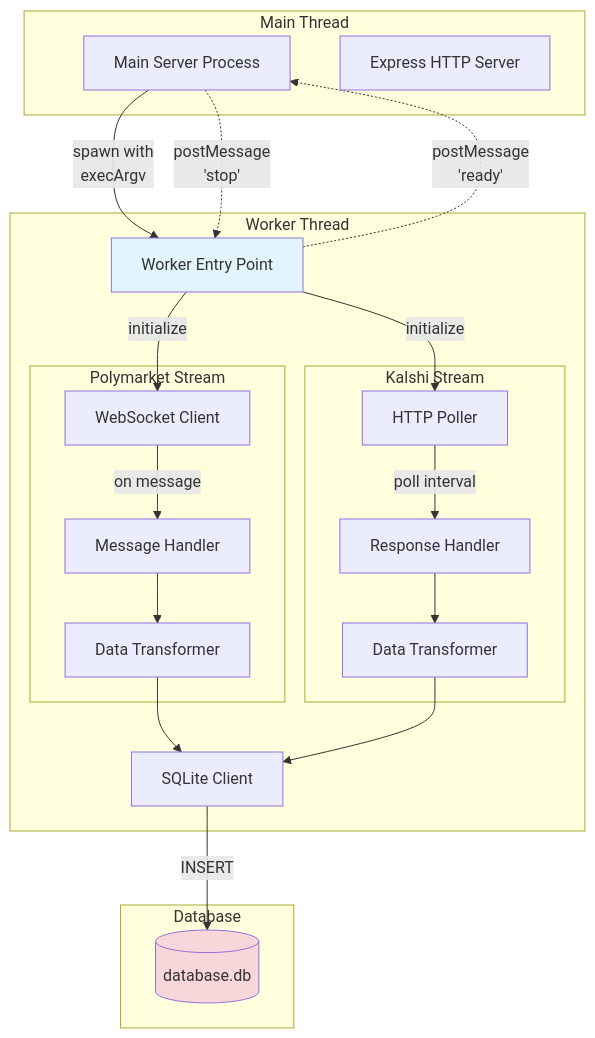
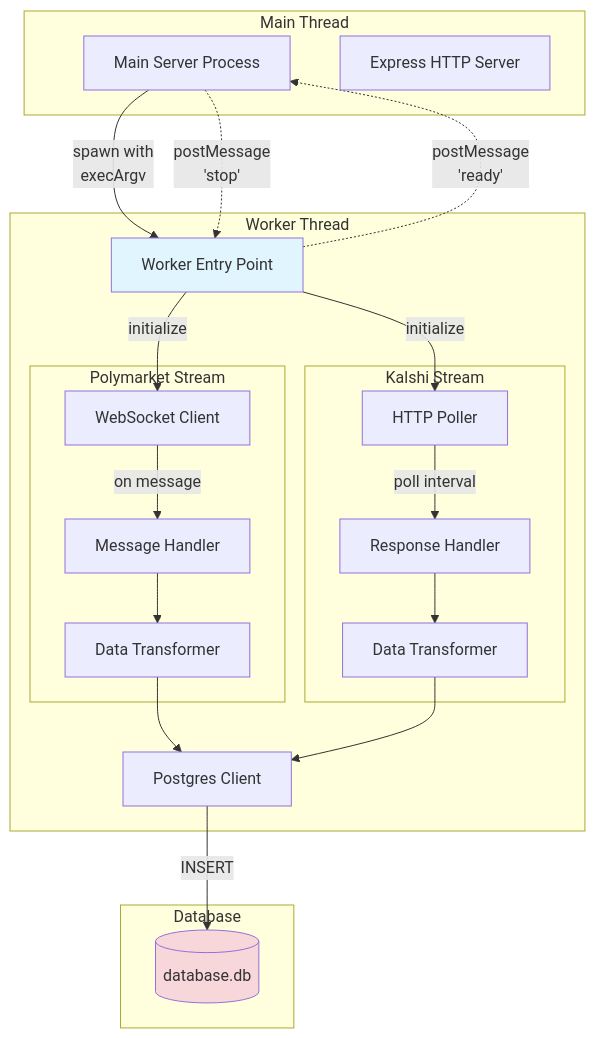
Before and after one commit to ivaaak/PredictionMarket-Arbitrage: the fifth of 8 diagrams in architecture.md, drawn with Mermaid. The commit also changed other lines of this file and 16 other files, not shown here.

````diff
--- a/architecture.md
+++ b/architecture.md
@@ -209,49 +209,49 @@
 ```mermaid
 graph TB
     subgraph "Main Thread"
         MAIN[Main Server Process]
         SERVER[Express HTTP Server]
     end
     
     subgraph "Worker Thread"
         WORKER[Worker Entry Point]
         
         subgraph "Polymarket Stream"
             PMC[WebSocket Client]
             PMH[Message Handler]
             PMT[Data Transformer]
         end
         
         subgraph "Kalshi Stream"
             KLC[HTTP Poller]
             KLH[Response Handler]
             KLT[Data Transformer]
         end
         
-        DBC[SQLite Client]
+        DBC[Postgres Client]
     end
     
     subgraph "Database"
         DB[(database.db)]
     end
     
     MAIN -->|spawn with<br/>execArgv| WORKER
     WORKER -->|initialize| PMC
     WORKER -->|initialize| KLC
     
     PMC -->|on message| PMH
     PMH --> PMT
     PMT --> DBC
     
     KLC -->|poll interval| KLH
     KLH --> KLT
     KLT --> DBC
     
     DBC -->|INSERT| DB
     
     WORKER -.->|postMessage<br/>'ready'| MAIN
     MAIN -.->|postMessage<br/>'stop'| WORKER
     
     style WORKER fill:#e1f5ff
     style DB fill:#f8d7da
 ```
````
